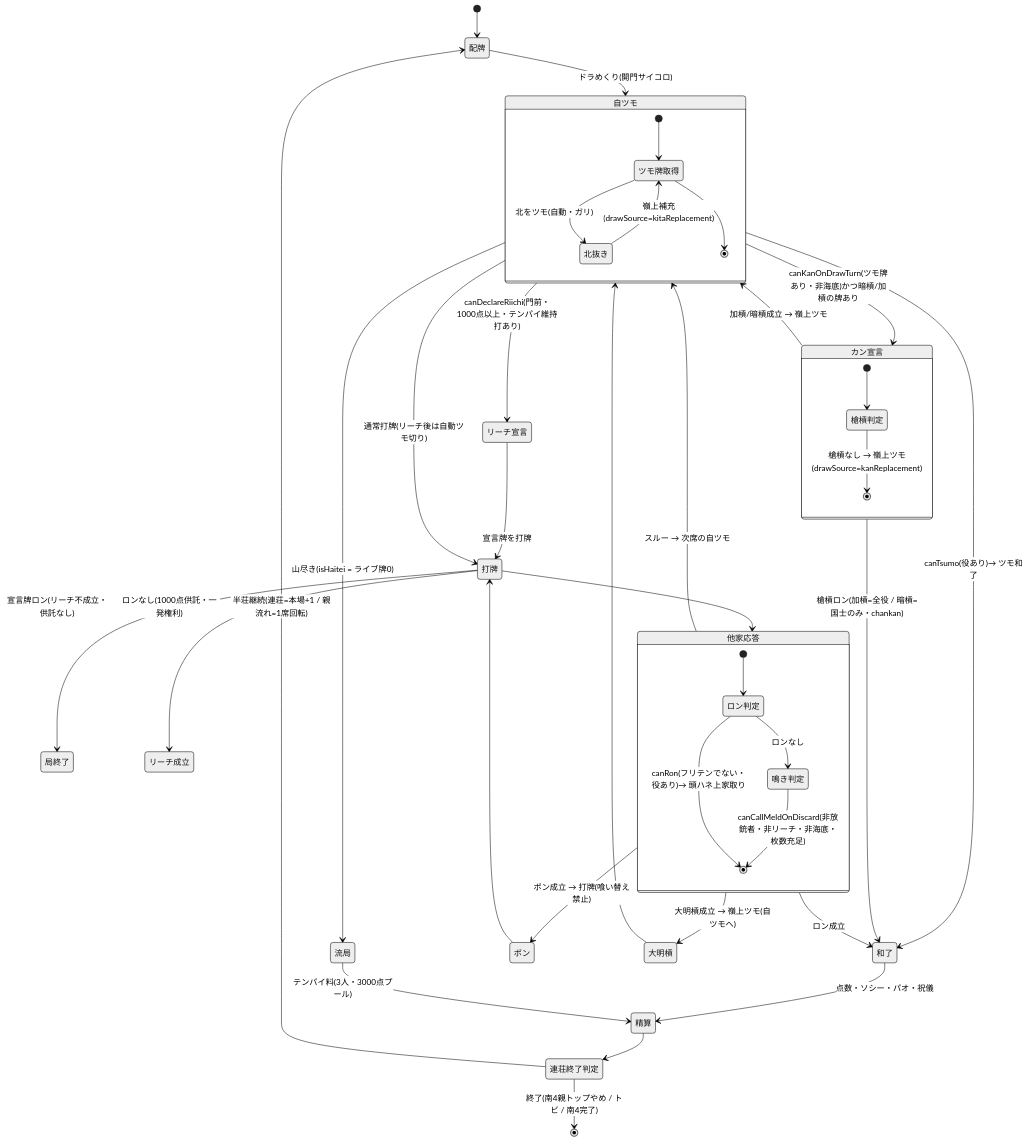
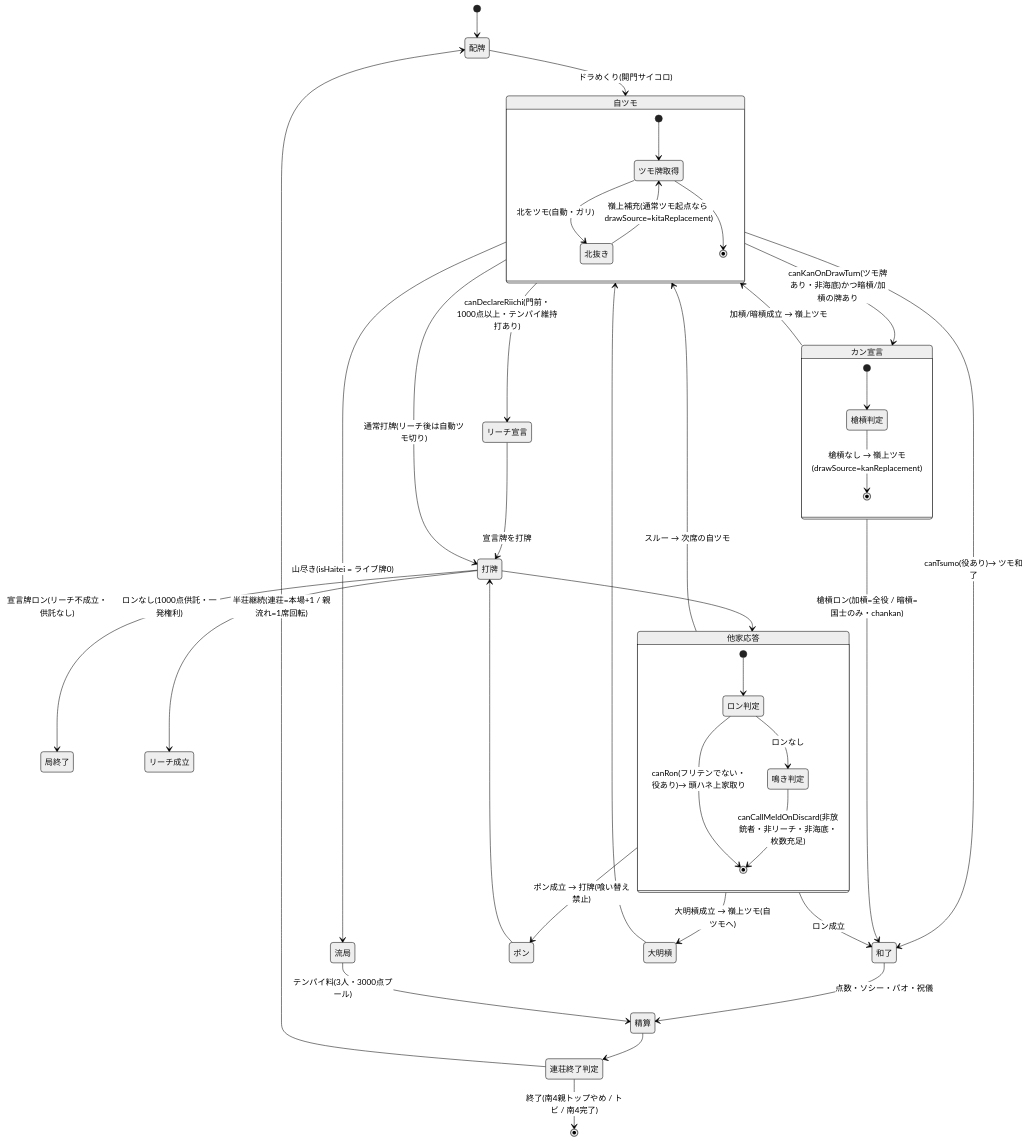
Before and after one commit to AutoDevJapan/FourBrosMahjong: the second of 2 diagrams in documents/spec/game-flow.md, drawn with Mermaid (neutral theme). The commit also changed other lines of this file and 1 other file, not shown here.

Commit message:
docs(spec): 状態遷移図の drawSource ラベルをカン嶺上経路と矛盾しない表記へ直す (#415)
サードパスレビュー指摘の反映。

- `game-flow.md` の 北抜き 遷移ラベルは無条件に `drawSource=kitaReplacement`
  と読めたが、カン嶺上が北だった場合は `kanReplacement` のままなので誤り。
  「通常ツモ起点なら」と限定し、Q36 注記から図を参照するようにした。
- `setupAiKanChain` の AI 手牌を13枚へ揃える(向聴評価を退化形で走らせない)。
  13枚化後も4経路が1対1で red になることを再実測。
- `setupAiKanChain` の到達しない null 返却を throw へ、`expectFourKanDraw` の
  新規アサーションが実際に退行を捕まえる範囲をコメントで明示。

````diff
--- a/documents/spec/game-flow.md
+++ b/documents/spec/game-flow.md
@@ -38,48 +38,48 @@
 ```mermaid
 stateDiagram-v2
     [*] --> 配牌
     配牌 --> 自ツモ: ドラめくり(開門サイコロ)
 
     state 自ツモ {
         [*] --> ツモ牌取得
         ツモ牌取得 --> 北抜き: 北をツモ(自動・ガリ)
-        北抜き --> ツモ牌取得: 嶺上補充(drawSource=kitaReplacement)
+        北抜き --> ツモ牌取得: 嶺上補充(通常ツモ起点なら drawSource=kitaReplacement)
         ツモ牌取得 --> [*]
     }
 
     自ツモ --> 流局: 山尽き(isHaitei = ライブ牌0)
     自ツモ --> 和了: canTsumo(役あり)→ ツモ和了
     自ツモ --> リーチ宣言: canDeclareRiichi(門前・1000点以上・テンパイ維持打あり)
     自ツモ --> カン宣言: canKanOnDrawTurn(ツモ牌あり・非海底)かつ暗槓/加槓の牌あり
     自ツモ --> 打牌: 通常打牌(リーチ後は自動ツモ切り)
     リーチ宣言 --> 打牌: 宣言牌を打牌
     打牌 --> 局終了: 宣言牌ロン(リーチ不成立・供託なし)
     打牌 --> リーチ成立: ロンなし(1000点供託・一発権利)
 
     state カン宣言 {
         [*] --> 槍槓判定
         槍槓判定 --> [*]: 槍槓なし → 嶺上ツモ(drawSource=kanReplacement)
     }
     カン宣言 --> 自ツモ: 加槓/暗槓成立 → 嶺上ツモ
     カン宣言 --> 和了: 槍槓ロン(加槓=全役 / 暗槓=国士のみ・chankan)
 
     打牌 --> 他家応答
     state 他家応答 {
         [*] --> ロン判定
         ロン判定 --> [*]: canRon(フリテンでない・役あり)→ 頭ハネ上家取り
         ロン判定 --> 鳴き判定: ロンなし
         鳴き判定 --> [*]: canCallMeldOnDiscard(非放銃者・非リーチ・非海底・枚数充足)
     }
     他家応答 --> 和了: ロン成立
     他家応答 --> ポン: ポン成立 → 打牌(喰い替え禁止)
     他家応答 --> 大明槓: 大明槓成立 → 嶺上ツモ(自ツモへ)
     他家応答 --> 自ツモ: スルー → 次席の自ツモ
     ポン --> 打牌
     大明槓 --> 自ツモ
 
     和了 --> 精算: 点数・ソシー・パオ・祝儀
     流局 --> 精算: テンパイ料(3人・3000点プール)
     精算 --> 連荘終了判定
     連荘終了判定 --> 配牌: 半荘継続(連荘=本場+1 / 親流れ=1席回転)
     連荘終了判定 --> [*]: 終了(南4親トップやめ / トビ / 南4完了)
 ```
````
